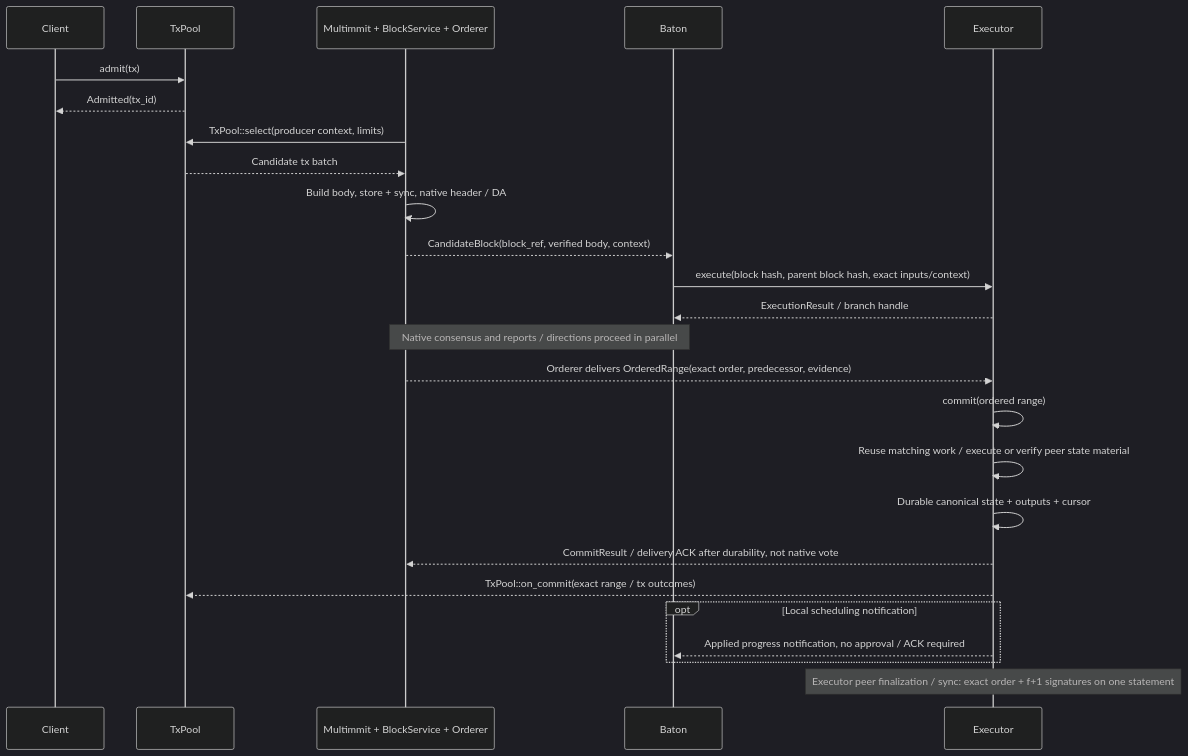
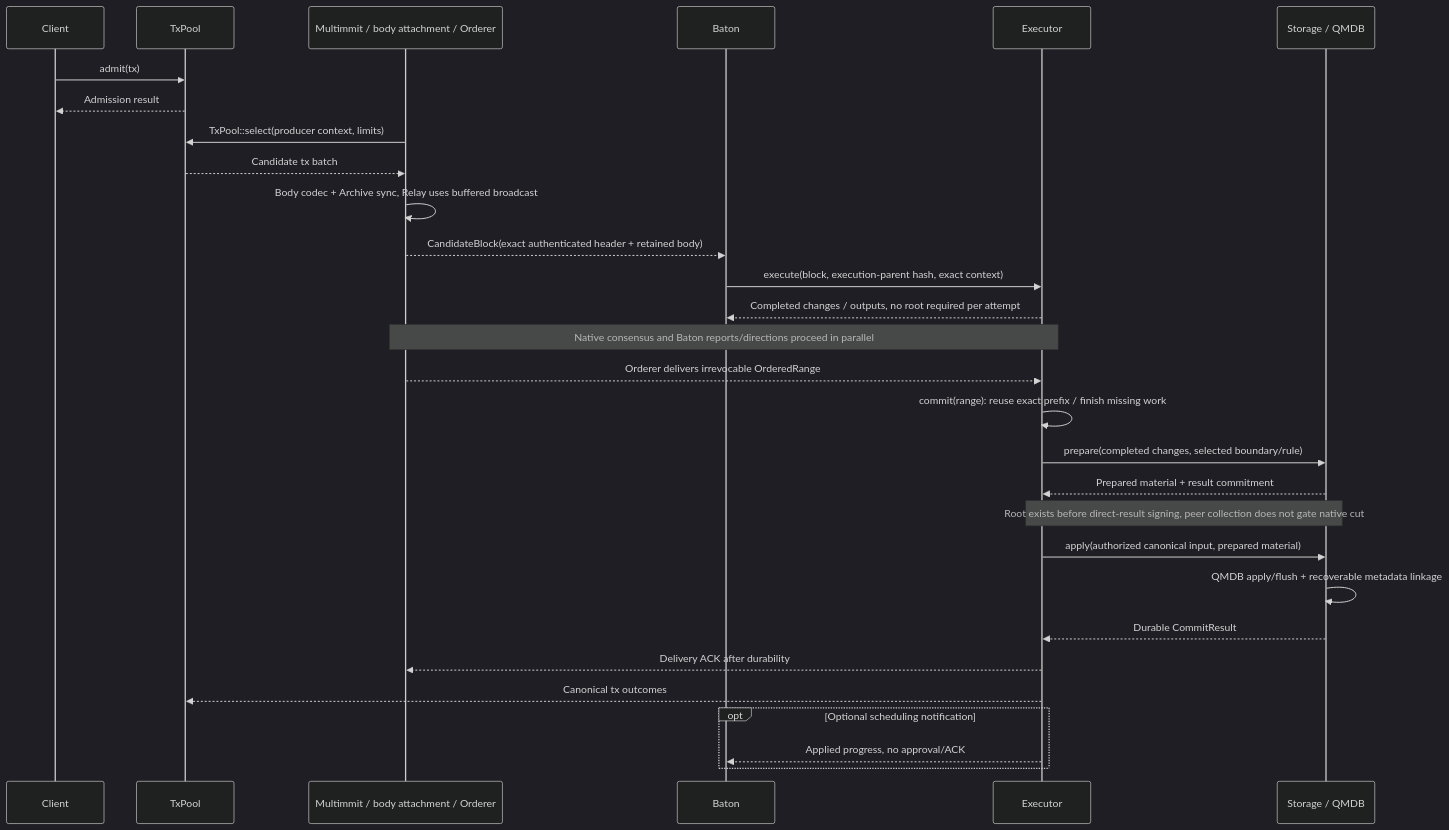
Before and after one commit to djm07073/baton-research: the first of 2 diagrams in docs/e2e/normal.md, drawn with Mermaid (dark theme). The commit also changed 405 other files, not shown here.

Commit message:
Document real-chain Commonware reuse and execution storage boundaries

````diff
--- a/docs/e2e/normal.md
+++ b/docs/e2e/normal.md
@@ -7,27 +7,31 @@
 ```mermaid
 sequenceDiagram
     participant C as Client
     participant T as TxPool
-    participant N as Multimmit + BlockService + Orderer
+    participant N as Multimmit / body attachment / Orderer
     participant B as Baton
     participant E as Executor
+    participant S as Storage / QMDB
     C->>T: admit(tx)
-    T-->>C: Admitted(tx_id)
+    T-->>C: Admission result
     N->>T: TxPool::select(producer context, limits)
     T-->>N: Candidate tx batch
-    N->>N: Build body, store + sync, native header / DA
-    N-->>B: CandidateBlock(block_ref, verified body, context)
-    B->>E: execute(block hash, parent block hash, exact inputs/context)
-    E-->>B: ExecutionResult / branch handle
-    Note over N,B: Native consensus and reports / directions proceed in parallel
-    N-->>E: Orderer delivers OrderedRange(exact order, predecessor, evidence)
-    E->>E: commit(ordered range)
-    E->>E: Reuse matching work / execute or verify peer state material
-    E->>E: Durable canonical state + outputs + cursor
-    E-->>N: CommitResult / delivery ACK after durability, not native vote
-    E-->>T: TxPool::on_commit(exact range / tx outcomes)
-    opt Local scheduling notification
-        E-->>B: Applied progress notification, no approval / ACK required
+    N->>N: Body codec + Archive sync, Relay uses buffered broadcast
+    N-->>B: CandidateBlock(exact authenticated header + retained body)
+    B->>E: execute(block, execution-parent hash, exact context)
+    E-->>B: Completed changes / outputs, no root required per attempt
+    Note over N,E: Native consensus and Baton reports/directions proceed in parallel
+    N-->>E: Orderer delivers irrevocable OrderedRange
+    E->>E: commit(range): reuse exact prefix / finish missing work
+    E->>S: prepare(completed changes, selected boundary/rule)
+    S-->>E: Prepared material + result commitment
+    Note over E,S: Root exists before direct-result signing, peer collection does not gate native cut
+    E->>S: apply(authorized canonical input, prepared material)
+    S->>S: QMDB apply/flush + recoverable metadata linkage
+    S-->>E: Durable CommitResult
+    E-->>N: Delivery ACK after durability
+    E-->>T: Canonical tx outcomes
+    opt Optional scheduling notification
+        E-->>B: Applied progress, no approval/ACK
     end
-    Note over E: Executor peer finalization / sync: exact order + f+1 signatures on one statement
 ```
````
